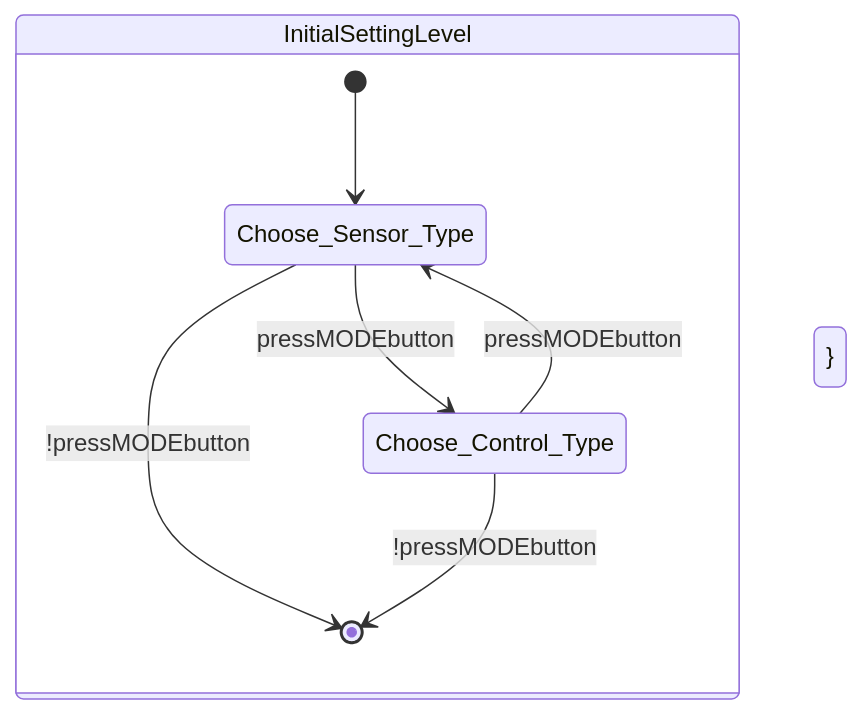
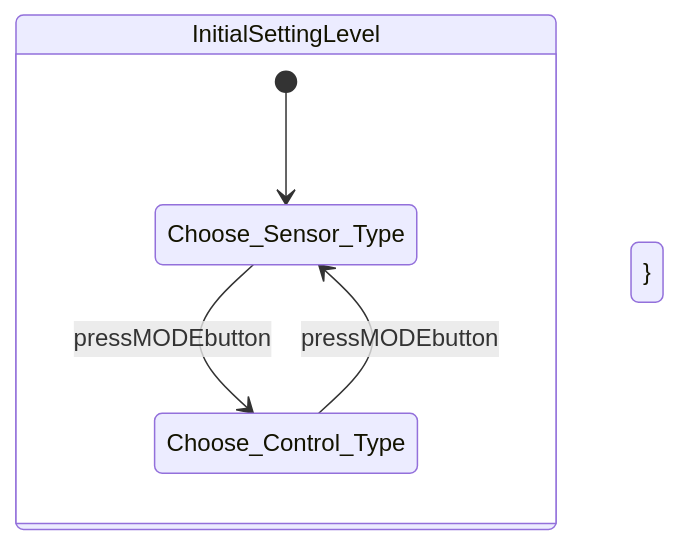
Before and after one commit to sondhg/embedded-control-fsm: the third of 10 diagrams in README.md, drawn with Mermaid. The commit also changed other lines of this file, not shown here.

Commit message:
refactor state diagram for improved clarity and flow in temperature controller interface

````diff
--- a/README.md
+++ b/README.md
@@ -78,17 +66,11 @@
 ```mermaid
 stateDiagram-v2
     direction TB
 
     state InitialSettingLevel {
-
             [*] --> Choose_Sensor_Type
             Choose_Sensor_Type --> Choose_Control_Type: pressMODEbutton
             Choose_Control_Type --> Choose_Sensor_Type: pressMODEbutton
-
-
-            Choose_Sensor_Type --> [*]: !pressMODEbutton
-            Choose_Control_Type --> [*]: !pressMODEbutton
-
         }
     }
 ```
````
